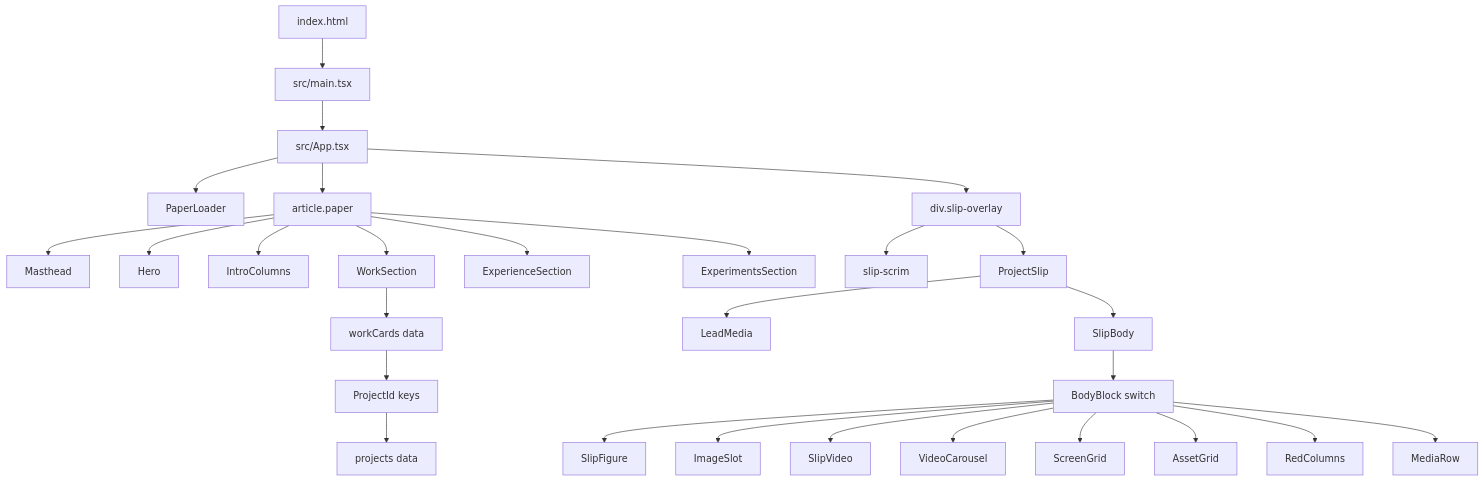
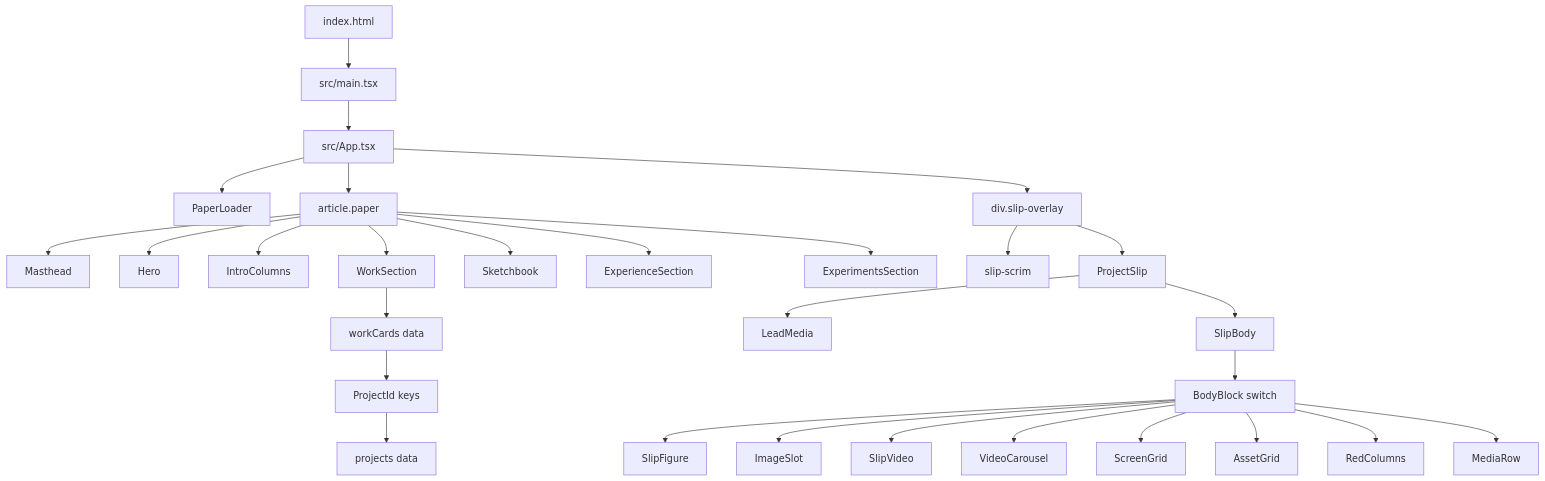
Before and after one commit to perry-plat/parosayshi: the first of 2 diagrams in COMPONENT_MAP.md, drawn with Mermaid. The commit also changed other lines of this file and 27 other files, not shown here.

````diff
--- a/COMPONENT_MAP.md
+++ b/COMPONENT_MAP.md
@@ -10,35 +10,36 @@
 ```mermaid
 flowchart TD
   Index["index.html"] --> Main["src/main.tsx"]
   Main --> App["src/App.tsx"]
 
   App --> Loader["PaperLoader"]
   App --> Paper["article.paper"]
   App --> Overlay["div.slip-overlay"]
 
   Paper --> Masthead["Masthead"]
   Paper --> Hero["Hero"]
   Paper --> Intro["IntroColumns"]
   Paper --> Work["WorkSection"]
+  Paper --> Sketchbook["Sketchbook"]
   Paper --> Experience["ExperienceSection"]
   Paper --> Experiments["ExperimentsSection"]
 
   Work --> WorkCards["workCards data"]
   WorkCards --> ProjectIds["ProjectId keys"]
   ProjectIds --> Projects["projects data"]
 
   Overlay --> Scrim["slip-scrim"]
   Overlay --> ProjectSlip["ProjectSlip"]
   ProjectSlip --> LeadMedia["LeadMedia"]
   ProjectSlip --> SlipBody["SlipBody"]
 
   SlipBody --> BodyBlock["BodyBlock switch"]
   BodyBlock --> Figure["SlipFigure"]
   BodyBlock --> ImageSlot["ImageSlot"]
   BodyBlock --> Video["SlipVideo"]
   BodyBlock --> Carousel["VideoCarousel"]
   BodyBlock --> ScreenGrid["ScreenGrid"]
   BodyBlock --> AssetGrid["AssetGrid"]
   BodyBlock --> RedColumns["RedColumns"]
   BodyBlock --> MediaRow["MediaRow"]
 ```
````
